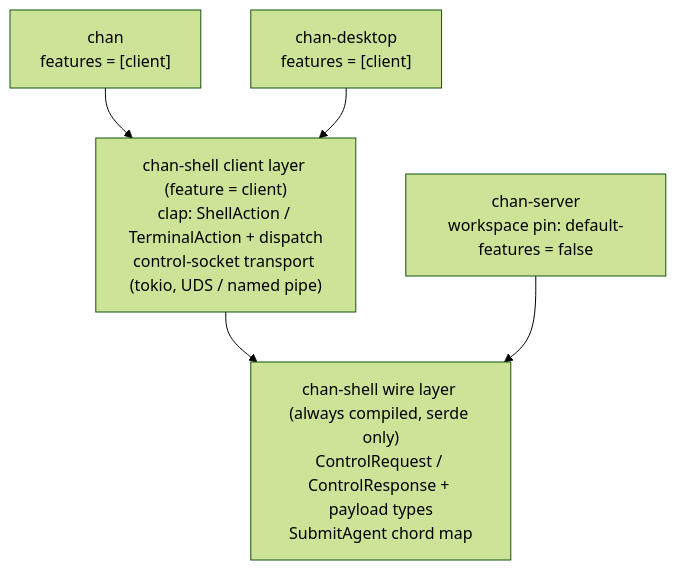
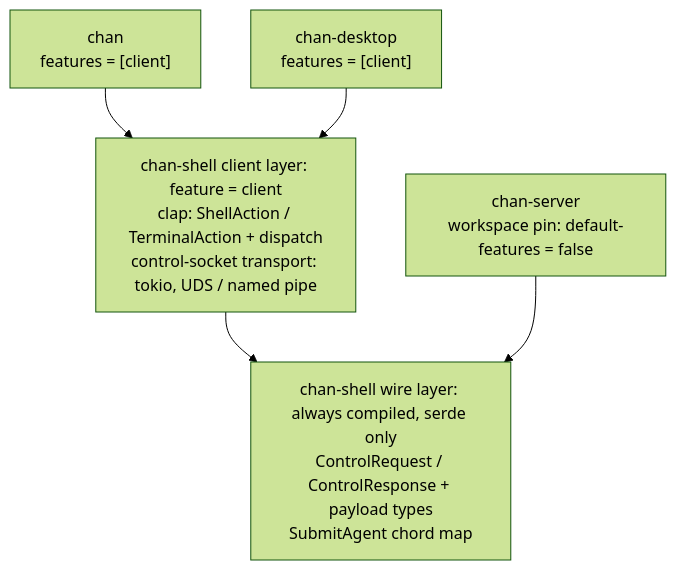
Before and after one commit to fiorix/chan: the first of 3 diagrams in crates/chan-shell/design.md, drawn with Mermaid (forest theme). The commit also changed other lines of this file and 10 other files, not shown here.

````diff
--- a/crates/chan-shell/design.md
+++ b/crates/chan-shell/design.md
@@ -58,9 +24,9 @@
 ```mermaid
 flowchart TB
-  Wire["chan-shell wire layer (always compiled, serde only)<br/>ControlRequest / ControlResponse + payload types<br/>SubmitAgent chord map"]
-  Client["chan-shell client layer (feature = client)<br/>clap: ShellAction / TerminalAction + dispatch<br/>control-socket transport (tokio, UDS / named pipe)"]
+  Wire["chan-shell wire layer: always compiled, serde only<br/>ControlRequest / ControlResponse + payload types<br/>SubmitAgent chord map"]
+  Client["chan-shell client layer: feature = client<br/>clap: ShellAction / TerminalAction + dispatch<br/>control-socket transport: tokio, UDS / named pipe"]
   Client --> Wire
   Server["chan-server<br/>workspace pin: default-features = false"] --> Wire
   Chan["chan<br/>features = [client]"] --> Client
   Desktop["chan-desktop<br/>features = [client]"] --> Client
 ```
````
